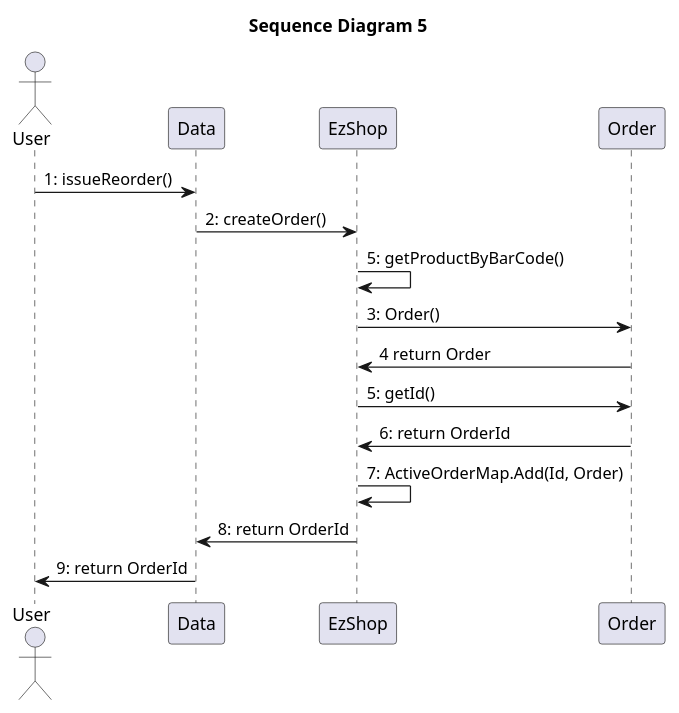
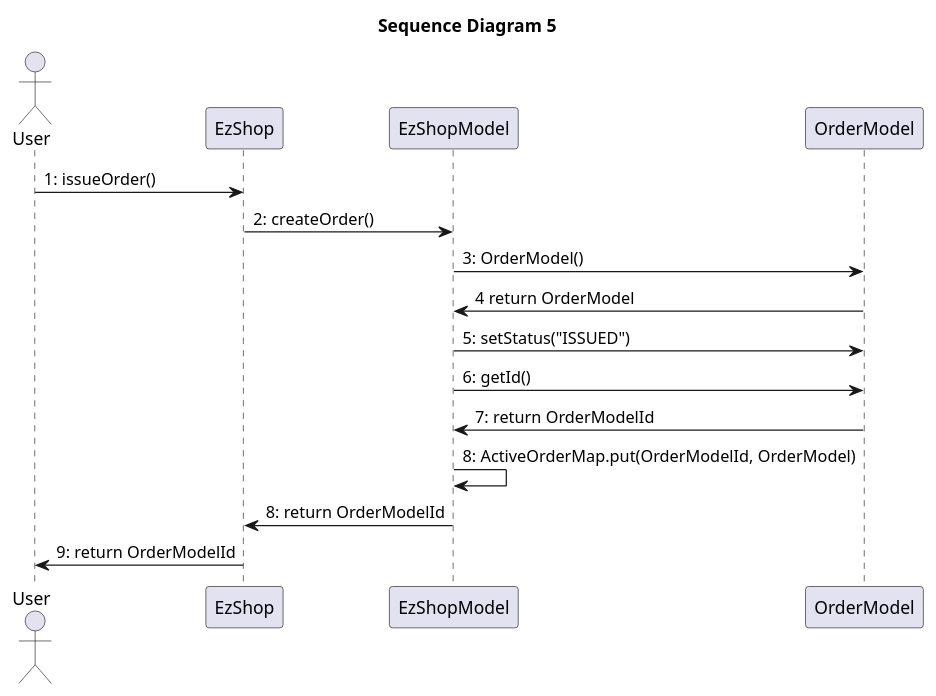
Before and after one commit to paolotron/EzshoProject31: the seventh of 15 diagrams in Deliverables/DesignDocument.md, drawn with PlantUML. The commit also changed other lines of this file, not shown here.

````diff
--- a/Deliverables/DesignDocument.md
+++ b/Deliverables/DesignDocument.md
@@ -448,20 +448,20 @@
 ``` plantuml
 @startuml
 title "Sequence Diagram 5"
 actor User as U1
-participant Data
 participant EzShop
-participant Order as O
+participant EzShopModel
+participant OrderModel as O
 
-U1->Data: 1: issueReorder()
-Data->EzShop: 2: createOrder()
-EzShop->EzShop: 5: getProductByBarCode()
-EzShop->O: 3: Order()
-O->EzShop: 4 return Order
-EzShop->O: 5: getId()
-O->EzShop: 6: return OrderId
-EzShop->EzShop: 7: ActiveOrderMap.Add(Id, Order)
-EzShop->Data: 8: return OrderId
-Data->U1: 9: return OrderId
+U1->EzShop: 1: issueOrder()
+EzShop->EzShopModel: 2: createOrder()
+EzShopModel->O: 3: OrderModel()
+O->EzShopModel: 4 return OrderModel
+EzShopModel->O: 5: setStatus("ISSUED")
+EzShopModel->O: 6: getId()
+O->EzShopModel: 7: return OrderModelId
+EzShopModel->EzShopModel: 8: ActiveOrderMap.put(OrderModelId, OrderModel)
+EzShopModel->EzShop: 8: return OrderModelId
+EzShop->U1: 9: return OrderModelId
 @enduml
 ```
````
